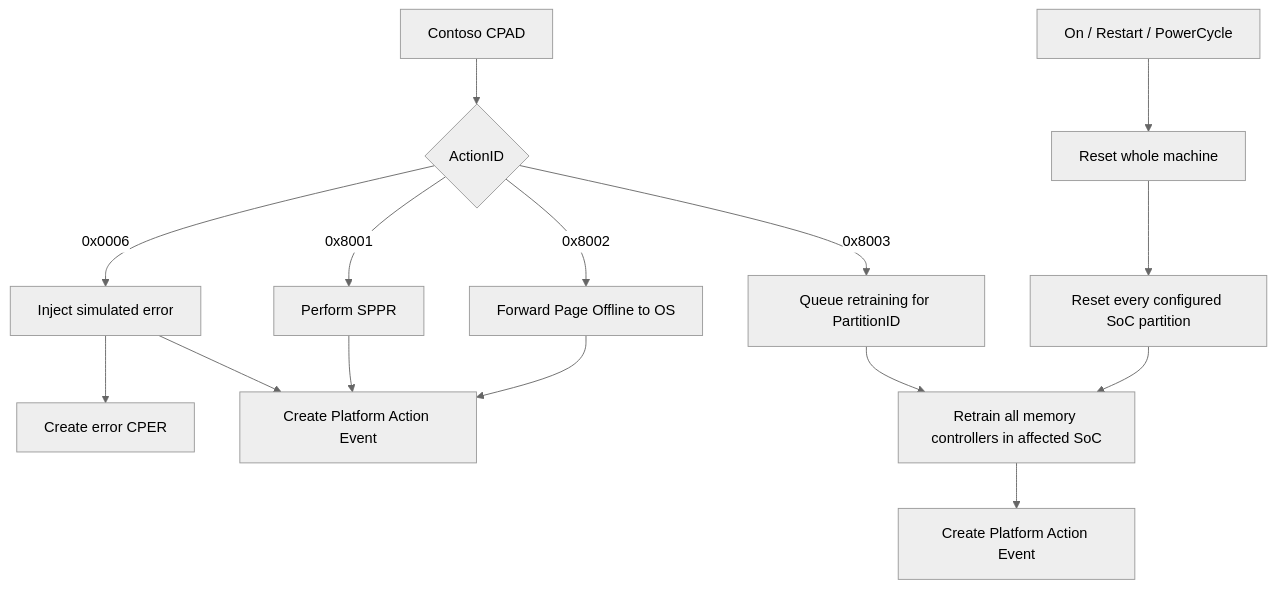
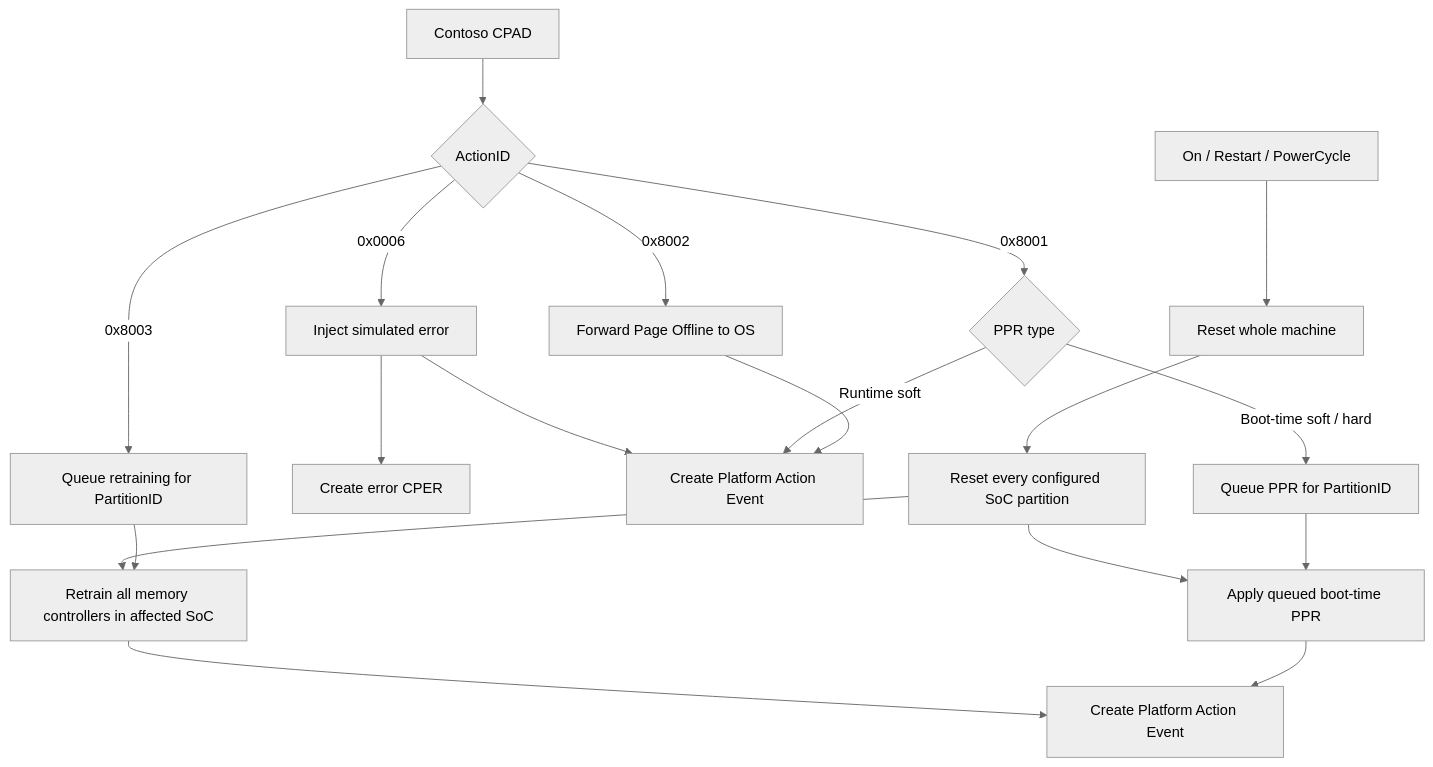
Before and after one commit to KrishnaAnnam/redfish-dev-server: the diagram in examples/ras_api_demo/analyzers/contoso/contoso-cpad-actions.md, drawn with Mermaid (neutral theme). The commit also changed other lines of this file and 25 other files, not shown here.

````diff
--- a/examples/ras_api_demo/analyzers/contoso/contoso-cpad-actions.md
+++ b/examples/ras_api_demo/analyzers/contoso/contoso-cpad-actions.md
@@ -32,20 +32,24 @@
 ```mermaid
 flowchart TD
     CPAD[Contoso CPAD] --> ID{ActionID}
 
     ID -->|0x0006| Inject[Inject simulated error]
-    ID -->|0x8001| SPPR[Perform SPPR]
+    ID -->|0x8001| PPR{PPR type}
     ID -->|0x8002| Offline[Forward Page Offline to OS]
     ID -->|0x8003| Queue[Queue retraining for PartitionID]
 
     Inject --> ErrorCPER[Create error CPER]
     Inject --> Immediate[Create Platform Action Event]
-    SPPR --> Immediate
+    PPR -->|Runtime soft| Immediate
+    PPR -->|Boot-time soft / hard| PPRQueue[Queue PPR for PartitionID]
     Offline --> Immediate
 
     Reset[On / Restart / PowerCycle] --> Machine[Reset whole machine]
     Machine --> Partitions[Reset every configured SoC partition]
     Partitions --> Retrain[Retrain all memory controllers in affected SoC]
     Queue --> Retrain
     Retrain --> Deferred[Create Platform Action Event]
+    Partitions --> BootPPR[Apply queued boot-time PPR]
+    PPRQueue --> BootPPR
+    BootPPR --> Deferred
 ```
````
